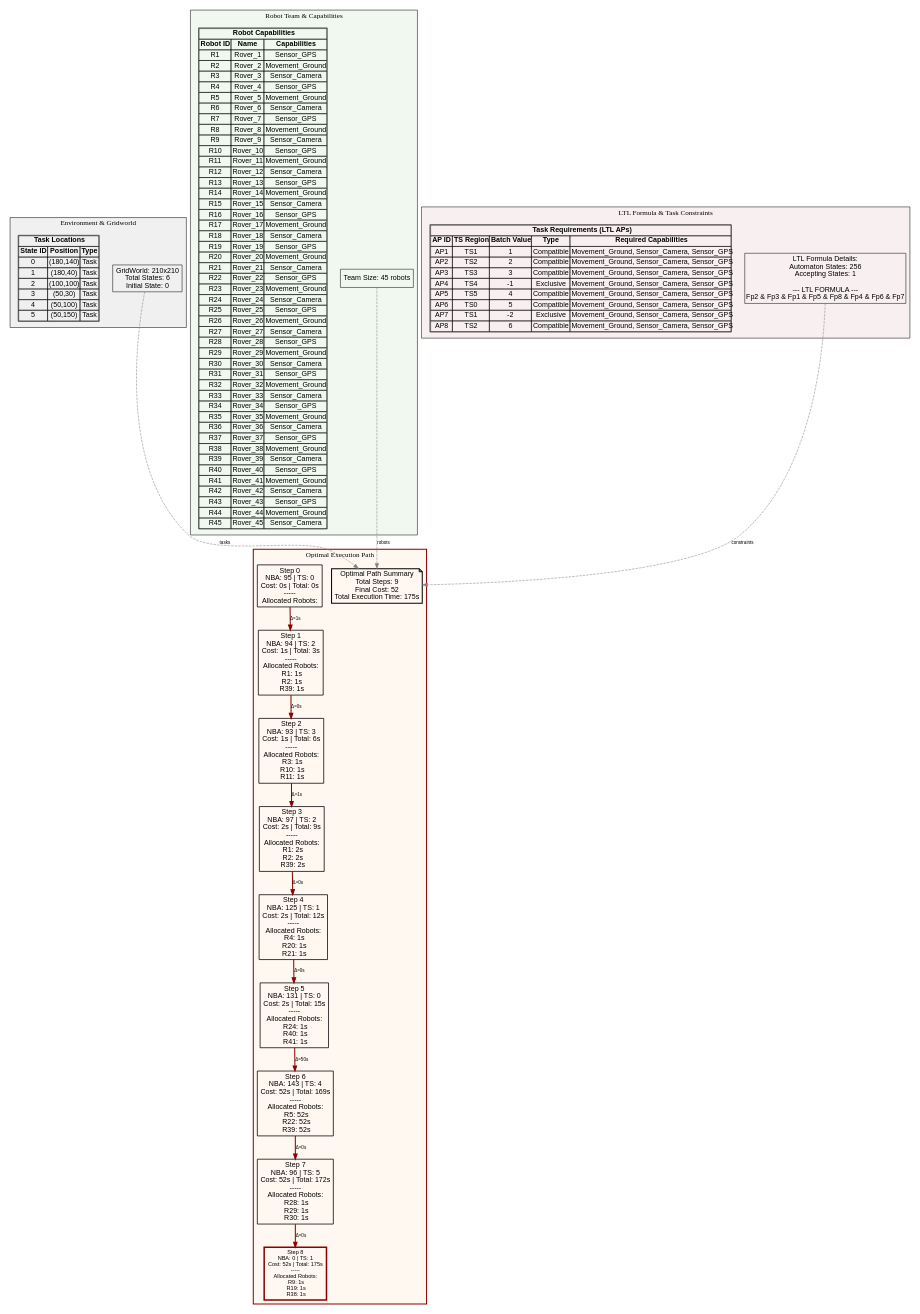
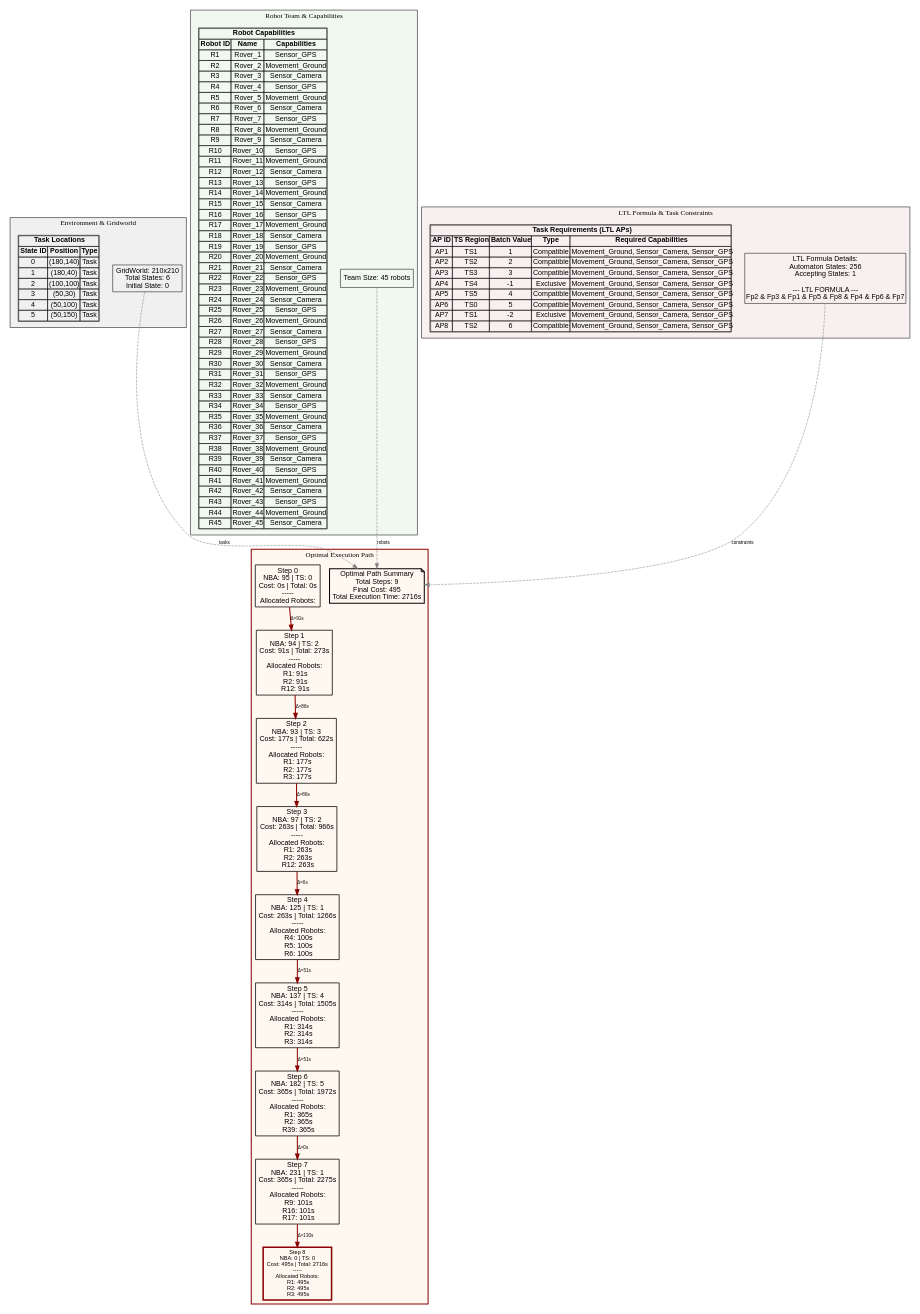
One commit to jrourke48/HMRTA_with_Multi-Capability_Robots changed the diagram in MCTB-PDT/organizedtests/automaton_states_batch/output/automaton_test_3intertaskconstraints_16_path.dot. Above: the diagram before and after it, drawn with Graphviz. The commit also changed 316 other files, not shown here.

```diff
--- a/MCTB-PDT/organizedtests/automaton_states_batch/output/automaton_test_3intertaskconstraints_16_path.dot
+++ b/MCTB-PDT/organizedtests/automaton_states_batch/output/automaton_test_3intertaskconstraints_16_path.dot
@@ -1,148 +1,148 @@
 digraph ComprehensiveOptimalPath {
   rankdir=TB;
   concentrate=true;
   node [fontname=Arial];
   edge [fontname=Arial, fontsize=9];
 
   subgraph cluster_environment {
     label="Environment & Gridworld";
     style=filled;
     fillcolor="#F0F0F0";
     color=black;
 
     env_info [shape=box, label="GridWorld: 210x210\nTotal States: 6\nInitial State: 0\n", fillcolor="#E8F4F8"];
 
     env_tasks [shape=plaintext, label=<
       <TABLE BORDER="1" CELLBORDER="1" CELLSPACING="0">
         <TR><TD COLSPAN="3"><B>Task Locations</B></TD></TR>
         <TR><TD><B>State ID</B></TD><TD><B>Position</B></TD><TD><B>Type</B></TD></TR>
         <TR><TD>0</TD><TD>(180,140)</TD><TD>Task</TD></TR>
         <TR><TD>1</TD><TD>(180,40)</TD><TD>Task</TD></TR>
         <TR><TD>2</TD><TD>(100,100)</TD><TD>Task</TD></TR>
         <TR><TD>3</TD><TD>(50,30)</TD><TD>Task</TD></TR>
         <TR><TD>4</TD><TD>(50,100)</TD><TD>Task</TD></TR>
         <TR><TD>5</TD><TD>(50,150)</TD><TD>Task</TD></TR>
       </TABLE>
     >];
   }
 
   subgraph cluster_robots {
     label="Robot Team & Capabilities";
     style=filled;
     fillcolor="#F0F8F0";
     color=black;
 
     team_info [shape=box, label="Team Size: 45 robots\n", fillcolor="#E8F8E8"];
 
     robot_caps [shape=plaintext, label=<
       <TABLE BORDER="1" CELLBORDER="1" CELLSPACING="0">
         <TR><TD COLSPAN="3"><B>Robot Capabilities</B></TD></TR>
         <TR><TD><B>Robot ID</B></TD><TD><B>Name</B></TD><TD><B>Capabilities</B></TD></TR>
         <TR><TD>R1</TD><TD>Rover_1</TD><TD>Sensor_GPS</TD></TR>
         <TR><TD>R2</TD><TD>Rover_2</TD><TD>Movement_Ground</TD></TR>
         <TR><TD>R3</TD><TD>Rover_3</TD><TD>Sensor_Camera</TD></TR>
         <TR><TD>R4</TD><TD>Rover_4</TD><TD>Sensor_GPS</TD></TR>
         <TR><TD>R5</TD><TD>Rover_5</TD><TD>Movement_Ground</TD></TR>
         <TR><TD>R6</TD><TD>Rover_6</TD><TD>Sensor_Camera</TD></TR>
         <TR><TD>R7</TD><TD>Rover_7</TD><TD>Sensor_GPS</TD></TR>
         <TR><TD>R8</TD><TD>Rover_8</TD><TD>Movement_Ground</TD></TR>
         <TR><TD>R9</TD><TD>Rover_9</TD><TD>Sensor_Camera</TD></TR>
         <TR><TD>R10</TD><TD>Rover_10</TD><TD>Sensor_GPS</TD></TR>
         <TR><TD>R11</TD><TD>Rover_11</TD><TD>Movement_Ground</TD></TR>
         <TR><TD>R12</TD><TD>Rover_12</TD><TD>Sensor_Camera</TD></TR>
         <TR><TD>R13</TD><TD>Rover_13</TD><TD>Sensor_GPS</TD></TR>
         <TR><TD>R14</TD><TD>Rover_14</TD><TD>Movement_Ground</TD></TR>
         <TR><TD>R15</TD><TD>Rover_15</TD><TD>Sensor_Camera</TD></TR>
         <TR><TD>R16</TD><TD>Rover_16</TD><TD>Sensor_GPS</TD></TR>
         <TR><TD>R17</TD><TD>Rover_17</TD><TD>Movement_Ground</TD></TR>
         <TR><TD>R18</TD><TD>Rover_18</TD><TD>Sensor_Camera</TD></TR>
         <TR><TD>R19</TD><TD>Rover_19</TD><TD>Sensor_GPS</TD></TR>
         <TR><TD>R20</TD><TD>Rover_20</TD><TD>Movement_Ground</TD></TR>
         <TR><TD>R21</TD><TD>Rover_21</TD><TD>Sensor_Camera</TD></TR>
         <TR><TD>R22</TD><TD>Rover_22</TD><TD>Sensor_GPS</TD></TR>
         <TR><TD>R23</TD><TD>Rover_23</TD><TD>Movement_Ground</TD></TR>
         <TR><TD>R24</TD><TD>Rover_24</TD><TD>Sensor_Camera</TD></TR>
         <TR><TD>R25</TD><TD>Rover_25</TD><TD>Sensor_GPS</TD></TR>
         <TR><TD>R26</TD><TD>Rover_26</TD><TD>Movement_Ground</TD></TR>
         <TR><TD>R27</TD><TD>Rover_27</TD><TD>Sensor_Camera</TD></TR>
         <TR><TD>R28</TD><TD>Rover_28</TD><TD>Sensor_GPS</TD></TR>
         <TR><TD>R29</TD><TD>Rover_29</TD><TD>Movement_Ground</TD></TR>
         <TR><TD>R30</TD><TD>Rover_30</TD><TD>Sensor_Camera</TD></TR>
         <TR><TD>R31</TD><TD>Rover_31</TD><TD>Sensor_GPS</TD></TR>
         <TR><TD>R32</TD><TD>Rover_32</TD><TD>Movement_Ground</TD></TR>
         <TR><TD>R33</TD><TD>Rover_33</TD><TD>Sensor_Camera</TD></TR>
         <TR><TD>R34</TD><TD>Rover_34</TD><TD>Sensor_GPS</TD></TR>
         <TR><TD>R35</TD><TD>Rover_35</TD><TD>Movement_Ground</TD></TR>
         <TR><TD>R36</TD><TD>Rover_36</TD><TD>Sensor_Camera</TD></TR>
         <TR><TD>R37</TD><TD>Rover_37</TD><TD>Sensor_GPS</TD></TR>
         <TR><TD>R38</TD><TD>Rover_38</TD><TD>Movement_Ground</TD></TR>
         <TR><TD>R39</TD><TD>Rover_39</TD><TD>Sensor_Camera</TD></TR>
         <TR><TD>R40</TD><TD>Rover_40</TD><TD>Sensor_GPS</TD></TR>
         <TR><TD>R41</TD><TD>Rover_41</TD><TD>Movement_Ground</TD></TR>
         <TR><TD>R42</TD><TD>Rover_42</TD><TD>Sensor_Camera</TD></TR>
         <TR><TD>R43</TD><TD>Rover_43</TD><TD>Sensor_GPS</TD></TR>
         <TR><TD>R44</TD><TD>Rover_44</TD><TD>Movement_Ground</TD></TR>
         <TR><TD>R45</TD><TD>Rover_45</TD><TD>Sensor_Camera</TD></TR>
       </TABLE>
     >];
   }
 
   subgraph cluster_ltl {
     label="LTL Formula & Task Constraints";
     style=filled;
     fillcolor="#F8F0F0";
     color=black;
 
     ltl_info [shape=box, label="LTL Formula Details:\nAutomaton States: 256\nAccepting States: 1\n\n--- LTL FORMULA ---\nFp2 & Fp3 & Fp1 & Fp5 & Fp8 & Fp4 & Fp6 & Fp7", fillcolor="#F8E8E8"];
 
     ltl_tasks [shape=plaintext, label=<
       <TABLE BORDER="1" CELLBORDER="1" CELLSPACING="0">
         <TR><TD COLSPAN="5"><B>Task Requirements (LTL APs)</B></TD></TR>
         <TR><TD><B>AP ID</B></TD><TD><B>TS Region</B></TD><TD><B>Batch Value</B></TD><TD><B>Type</B></TD><TD><B>Required Capabilities</B></TD></TR>
         <TR><TD>AP1</TD><TD>TS1</TD><TD>1</TD><TD>Compatible</TD><TD>Movement_Ground, Sensor_Camera, Sensor_GPS</TD></TR>
         <TR><TD>AP2</TD><TD>TS2</TD><TD>2</TD><TD>Compatible</TD><TD>Movement_Ground, Sensor_Camera, Sensor_GPS</TD></TR>
         <TR><TD>AP3</TD><TD>TS3</TD><TD>3</TD><TD>Compatible</TD><TD>Movement_Ground, Sensor_Camera, Sensor_GPS</TD></TR>
         <TR><TD>AP4</TD><TD>TS4</TD><TD>-1</TD><TD>Exclusive</TD><TD>Movement_Ground, Sensor_Camera, Sensor_GPS</TD></TR>
         <TR><TD>AP5</TD><TD>TS5</TD><TD>4</TD><TD>Compatible</TD><TD>Movement_Ground, Sensor_Camera, Sensor_GPS</TD></TR>
         <TR><TD>AP6</TD><TD>TS0</TD><TD>5</TD><TD>Compatible</TD><TD>Movement_Ground, Sensor_Camera, Sensor_GPS</TD></TR>
         <TR><TD>AP7</TD><TD>TS1</TD><TD>-2</TD><TD>Exclusive</TD><TD>Movement_Ground, Sensor_Camera, Sensor_GPS</TD></TR>
         <TR><TD>AP8</TD><TD>TS2</TD><TD>6</TD><TD>Compatible</TD><TD>Movement_Ground, Sensor_Camera, Sensor_GPS</TD></TR>
       </TABLE>
     >];
   }
 
   subgraph cluster_path {
     label="Optimal Execution Path";
     style=filled;
     fillcolor="#FFF8F0";
     color=darkred;
     penwidth=2;
 
-    path_summary [shape=note, label="Optimal Path Summary\nTotal Steps: 9\nFinal Cost: 52\nTotal Execution Time: 175s\n", fillcolor="#FFFFCC", penwidth=2];
+    path_summary [shape=note, label="Optimal Path Summary\nTotal Steps: 9\nFinal Cost: 495\nTotal Execution Time: 2716s\n", fillcolor="#FFFFCC", penwidth=2];
 
     opt_0 [shape=box, label="Step 0\nNBA: 95 | TS: 0\nCost: 0s | Total: 0s\n-----\nAllocated Robots:\n", fillcolor="#B3E5FC", penwidth=1.5];
-    opt_1 [shape=box, label="Step 1\nNBA: 94 | TS: 2\nCost: 1s | Total: 3s\n-----\nAllocated Robots:\n  R1: 1s\n  R2: 1s\n  R39: 1s\n", fillcolor="#B3E5FC", penwidth=1.5];
-    opt_2 [shape=box, label="Step 2\nNBA: 93 | TS: 3\nCost: 1s | Total: 6s\n-----\nAllocated Robots:\n  R3: 1s\n  R10: 1s\n  R11: 1s\n", fillcolor="#B3E5FC", penwidth=1.5];
-    opt_3 [shape=box, label="Step 3\nNBA: 97 | TS: 2\nCost: 2s | Total: 9s\n-----\nAllocated Robots:\n  R1: 2s\n  R2: 2s\n  R39: 2s\n", fillcolor="#B3E5FC", penwidth=1.5];
-    opt_4 [shape=box, label="Step 4\nNBA: 125 | TS: 1\nCost: 2s | Total: 12s\n-----\nAllocated Robots:\n  R4: 1s\n  R20: 1s\n  R21: 1s\n", fillcolor="#B3E5FC", penwidth=1.5];
-    opt_5 [shape=box, label="Step 5\nNBA: 131 | TS: 0\nCost: 2s | Total: 15s\n-----\nAllocated Robots:\n  R24: 1s\n  R40: 1s\n  R41: 1s\n", fillcolor="#B3E5FC", penwidth=1.5];
-    opt_6 [shape=box, label="Step 6\nNBA: 143 | TS: 4\nCost: 52s | Total: 169s\n-----\nAllocated Robots:\n  R5: 52s\n  R22: 52s\n  R39: 52s\n", fillcolor="#B3E5FC", penwidth=1.5];
-    opt_7 [shape=box, label="Step 7\nNBA: 96 | TS: 5\nCost: 52s | Total: 172s\n-----\nAllocated Robots:\n  R28: 1s\n  R29: 1s\n  R30: 1s\n", fillcolor="#B3E5FC", penwidth=1.5];
-    opt_8 [shape=box, label="Step 8\nNBA: 0 | TS: 1\nCost: 52s | Total: 175s\n-----\nAllocated Robots:\n  R9: 1s\n  R19: 1s\n  R38: 1s\n", fillcolor="#FF6B6B", penwidth=3, color=darkred, fontweight=bold, fontsize=11];
+    opt_1 [shape=box, label="Step 1\nNBA: 94 | TS: 2\nCost: 91s | Total: 273s\n-----\nAllocated Robots:\n  R1: 91s\n  R2: 91s\n  R12: 91s\n", fillcolor="#B3E5FC", penwidth=1.5];
+    opt_2 [shape=box, label="Step 2\nNBA: 93 | TS: 3\nCost: 177s | Total: 622s\n-----\nAllocated Robots:\n  R1: 177s\n  R2: 177s\n  R3: 177s\n", fillcolor="#B3E5FC", penwidth=1.5];
+    opt_3 [shape=box, label="Step 3\nNBA: 97 | TS: 2\nCost: 263s | Total: 966s\n-----\nAllocated Robots:\n  R1: 263s\n  R2: 263s\n  R12: 263s\n", fillcolor="#B3E5FC", penwidth=1.5];
+    opt_4 [shape=box, label="Step 4\nNBA: 125 | TS: 1\nCost: 263s | Total: 1266s\n-----\nAllocated Robots:\n  R4: 100s\n  R5: 100s\n  R6: 100s\n", fillcolor="#B3E5FC", penwidth=1.5];
+    opt_5 [shape=box, label="Step 5\nNBA: 137 | TS: 4\nCost: 314s | Total: 1505s\n-----\nAllocated Robots:\n  R1: 314s\n  R2: 314s\n  R3: 314s\n", fillcolor="#B3E5FC", penwidth=1.5];
+    opt_6 [shape=box, label="Step 6\nNBA: 182 | TS: 5\nCost: 365s | Total: 1972s\n-----\nAllocated Robots:\n  R1: 365s\n  R2: 365s\n  R39: 365s\n", fillcolor="#B3E5FC", penwidth=1.5];
+    opt_7 [shape=box, label="Step 7\nNBA: 231 | TS: 1\nCost: 365s | Total: 2275s\n-----\nAllocated Robots:\n  R9: 101s\n  R16: 101s\n  R17: 101s\n", fillcolor="#B3E5FC", penwidth=1.5];
+    opt_8 [shape=box, label="Step 8\nNBA: 0 | TS: 0\nCost: 495s | Total: 2716s\n-----\nAllocated Robots:\n  R1: 495s\n  R2: 495s\n  R3: 495s\n", fillcolor="#FF6B6B", penwidth=3, color=darkred, fontweight=bold, fontsize=11];
 
-    opt_0 -> opt_1 [label="Δ=1s", penwidth=2, color=darkred];
-    opt_1 -> opt_2 [label="Δ=0s", penwidth=2, color=darkred];
-    opt_2 -> opt_3 [label="Δ=1s", penwidth=2, color=darkred];
+    opt_0 -> opt_1 [label="Δ=91s", penwidth=2, color=darkred];
+    opt_1 -> opt_2 [label="Δ=86s", penwidth=2, color=darkred];
+    opt_2 -> opt_3 [label="Δ=86s", penwidth=2, color=darkred];
     opt_3 -> opt_4 [label="Δ=0s", penwidth=2, color=darkred];
-    opt_4 -> opt_5 [label="Δ=0s", penwidth=2, color=darkred];
-    opt_5 -> opt_6 [label="Δ=50s", penwidth=2, color=darkred];
+    opt_4 -> opt_5 [label="Δ=51s", penwidth=2, color=darkred];
+    opt_5 -> opt_6 [label="Δ=51s", penwidth=2, color=darkred];
     opt_6 -> opt_7 [label="Δ=0s", penwidth=2, color=darkred];
-    opt_7 -> opt_8 [label="Δ=0s", penwidth=2, color=darkred];
+    opt_7 -> opt_8 [label="Δ=130s", penwidth=2, color=darkred];
   }
 
   // Connections between clusters
   env_info -> path_summary [style=dashed, color=gray, label="tasks"];
   team_info -> path_summary [style=dashed, color=gray, label="robots"];
   ltl_info -> path_summary [style=dashed, color=gray, label="constraints"];
 
 }
```
